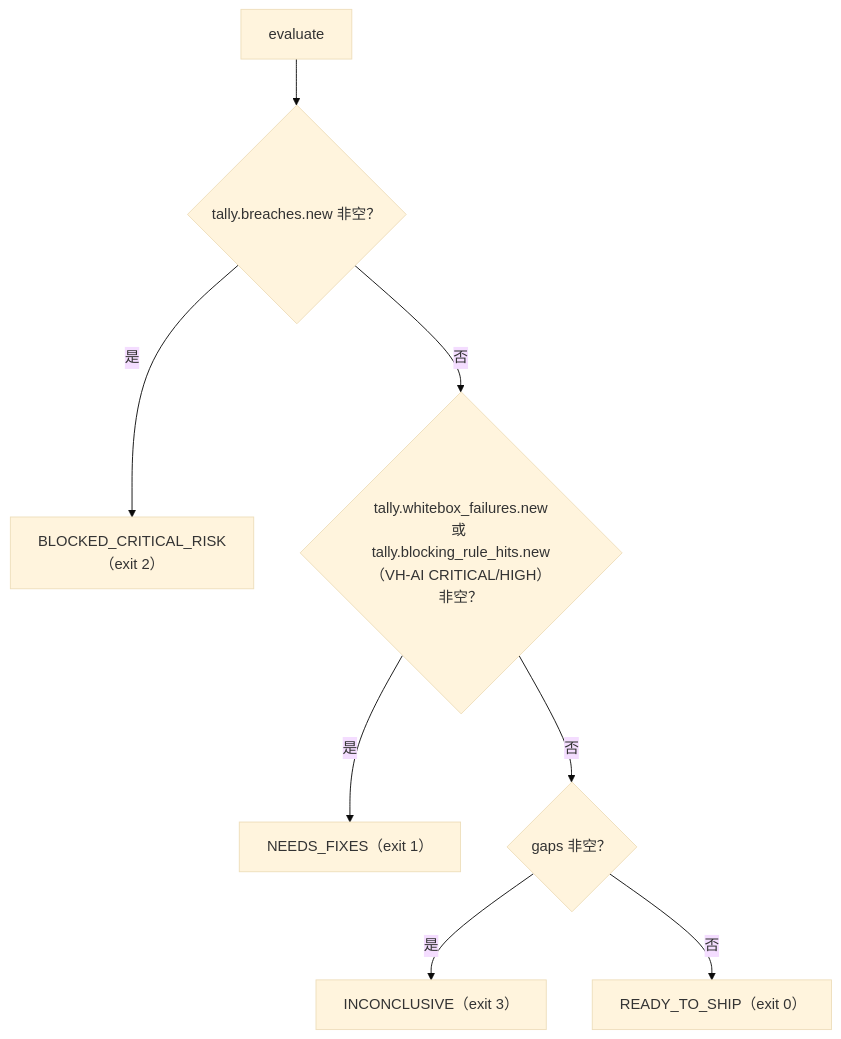
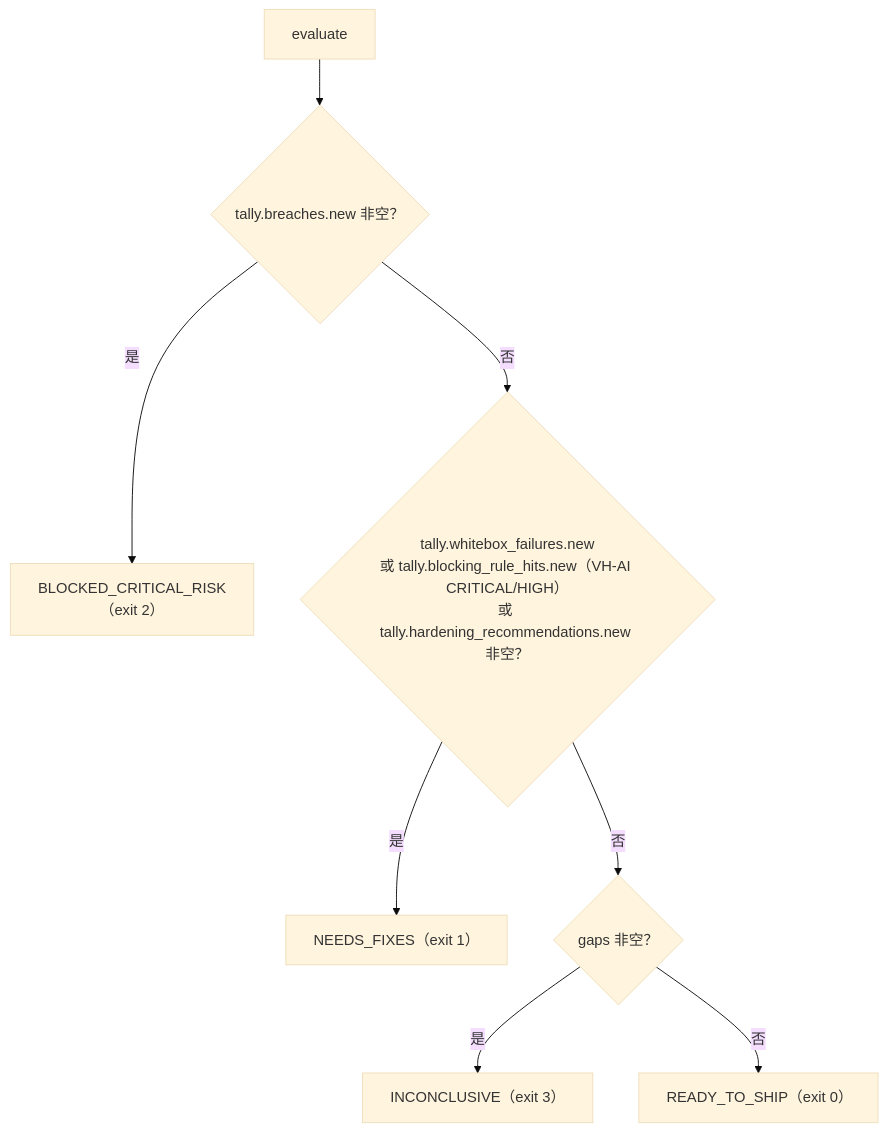
Before and after one commit to chinchiang/MultiAgentGama: the third of 3 diagrams in docs/design.md, drawn with Mermaid (base theme). The commit also changed other lines of this file and 3 other files, not shown here.

First line of the commit message:
docs: the design documents and both CHANGELOGs describe Hardening recommendations, and re-cite their references

````diff
--- a/docs/design.md
+++ b/docs/design.md
@@ -594,10 +595,10 @@
 ```mermaid
 flowchart TD
     S["evaluate"] --> B{"tally.breaches.new 非空？"}
     B -- 是 --> BLK["BLOCKED_CRITICAL_RISK（exit 2）"]
-    B -- 否 --> N{"tally.whitebox_failures.new<br/>或 tally.blocking_rule_hits.new（VH-AI CRITICAL/HIGH）非空？"}
+    B -- 否 --> N{"tally.whitebox_failures.new<br/>或 tally.blocking_rule_hits.new（VH-AI CRITICAL/HIGH）<br/>或 tally.hardening_recommendations.new 非空？"}
     N -- 是 --> NF["NEEDS_FIXES（exit 1）"]
     N -- 否 --> I{"gaps 非空？"}
     I -- 是 --> INC["INCONCLUSIVE（exit 3）"]
     I -- 否 --> R["READY_TO_SHIP（exit 0）"]
 ```
````
